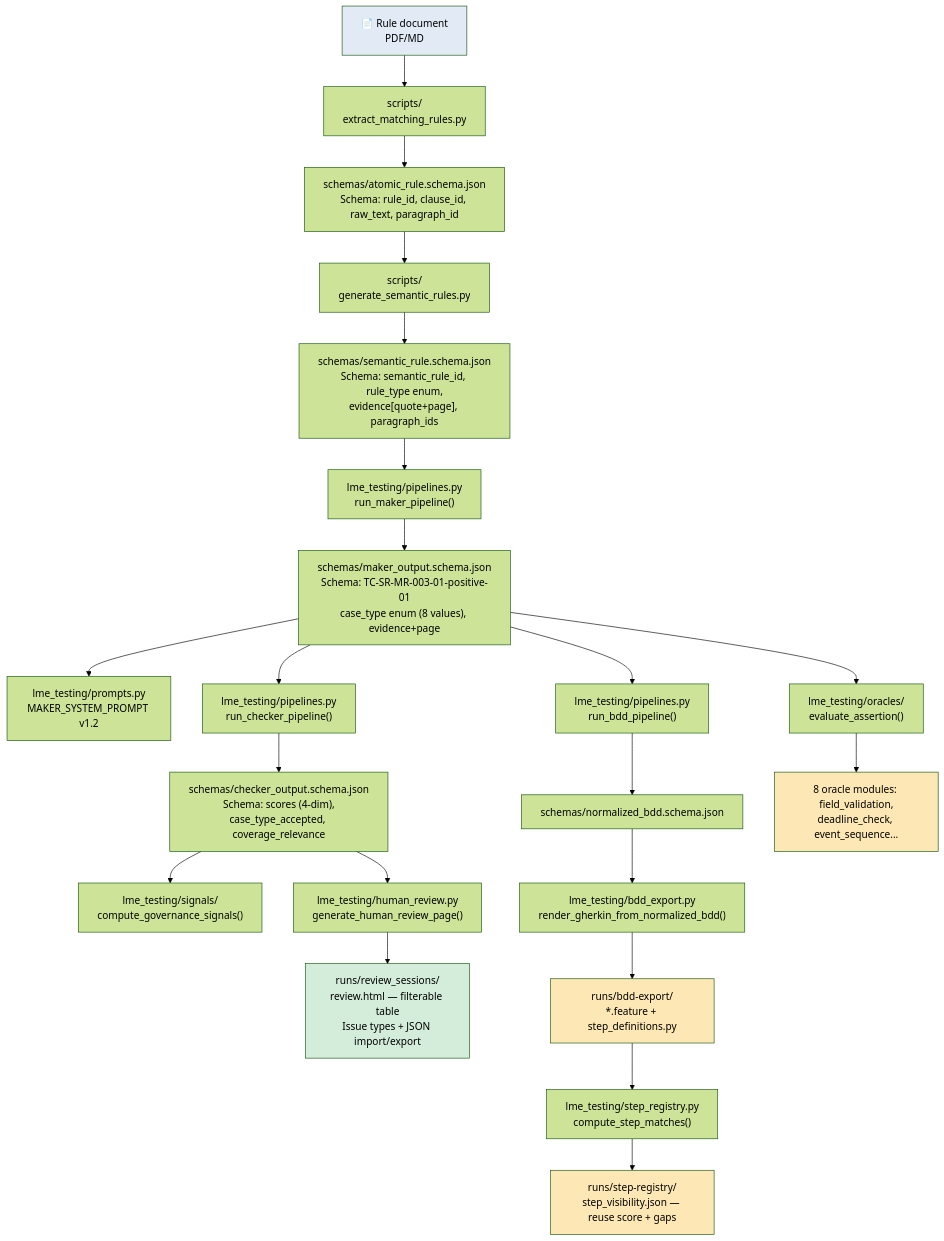
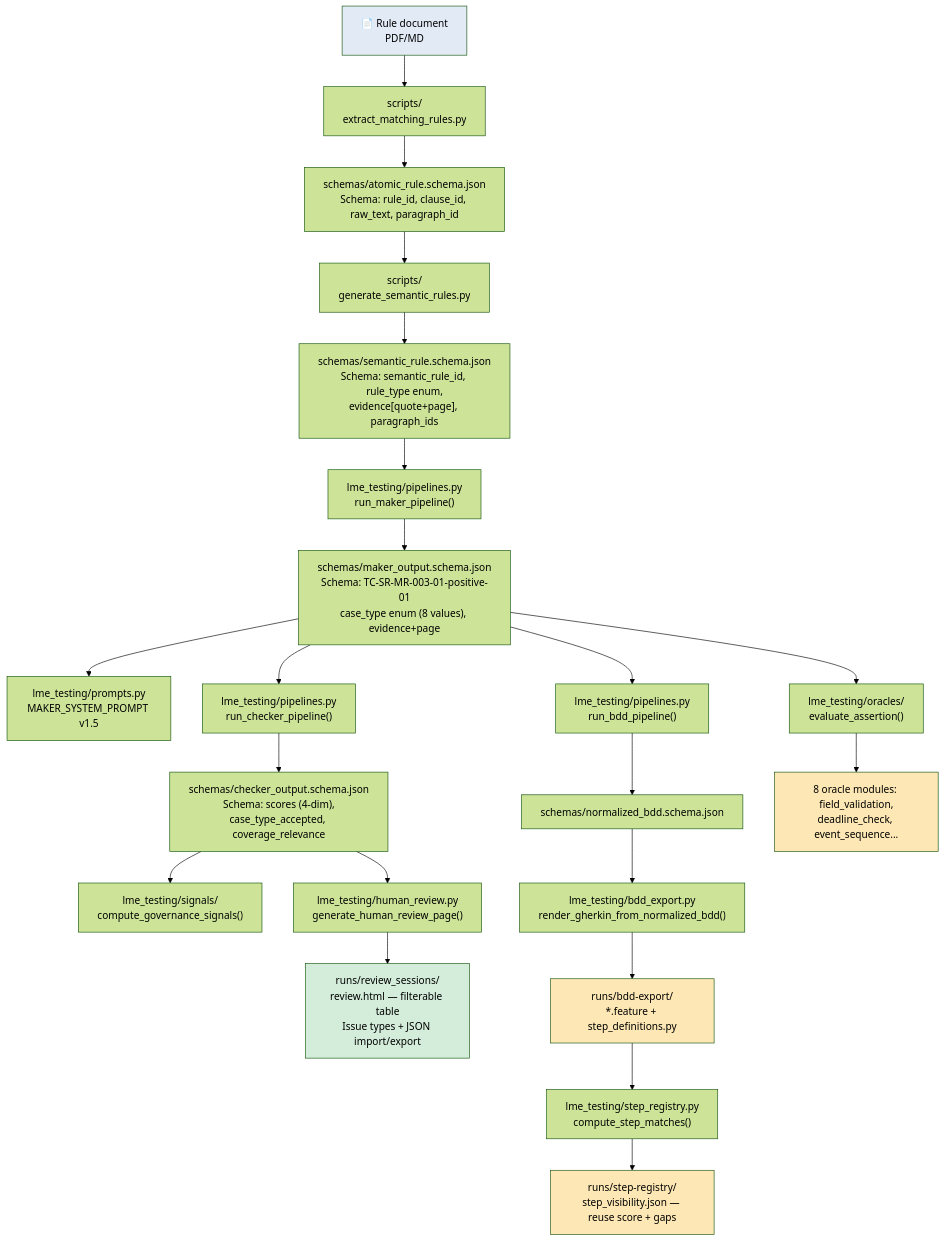
Before and after one commit to CodeFreddy/LME-Testing: the second of 4 diagrams in docs/demo_for_boss.md, drawn with Mermaid (forest theme). The commit also changed other lines of this file and 1 other file, not shown here.

````diff
--- a/docs/demo_for_boss.md
+++ b/docs/demo_for_boss.md
@@ -49,35 +49,35 @@
 ```mermaid
 flowchart TD
     %% nodes
     A["📄 Rule document<br/>PDF/MD"] --> B["scripts/<br/>extract_matching_rules.py"]
     B --> C["schemas/atomic_rule.schema.json<br/>Schema: rule_id, clause_id, raw_text, paragraph_id"]
     C --> D["scripts/<br/>generate_semantic_rules.py"]
     D --> E["schemas/semantic_rule.schema.json<br/>Schema: semantic_rule_id, rule_type enum,<br/>evidence[quote+page], paragraph_ids"]
     E --> F["lme_testing/pipelines.py<br/>run_maker_pipeline()"]
     F --> G["schemas/maker_output.schema.json<br/>Schema: TC-SR-MR-003-01-positive-01<br/>case_type enum (8 values), evidence+page"]
 
-    G --> H1["lme_testing/prompts.py<br/>MAKER_SYSTEM_PROMPT v1.2"]
+    G --> H1["lme_testing/prompts.py<br/>MAKER_SYSTEM_PROMPT v1.5"]
     G --> H2["lme_testing/pipelines.py<br/>run_checker_pipeline()"]
     H2 --> I["schemas/checker_output.schema.json<br/>Schema: scores (4-dim),<br/>case_type_accepted, coverage_relevance"]
 
     I --> J["lme_testing/signals/<br/>compute_governance_signals()"]
     I --> K["lme_testing/human_review.py<br/>generate_human_review_page()"]
     K --> L["runs/review_sessions/<br/>review.html — filterable table<br/>Issue types + JSON import/export"]
 
     G --> M["lme_testing/pipelines.py<br/>run_bdd_pipeline()"]
     M --> N["schemas/normalized_bdd.schema.json"]
     N --> O["lme_testing/bdd_export.py<br/>render_gherkin_from_normalized_bdd()"]
     O --> P["runs/bdd-export/<br/>*.feature + step_definitions.py"]
 
     P --> Q["lme_testing/step_registry.py<br/>compute_step_matches()"]
     Q --> R["runs/step-registry/<br/>step_visibility.json — reuse score + gaps"]
 
     G --> S["lme_testing/oracles/<br/>evaluate_assertion()"]
     S --> T["8 oracle modules: field_validation,<br/>deadline_check, event_sequence..."]
 
     style A fill:#e1eaf5
     style L fill:#d4edda
     style P fill:#fde8b5
     style R fill:#fde8b5
     style T fill:#fde8b5
 ```
````
